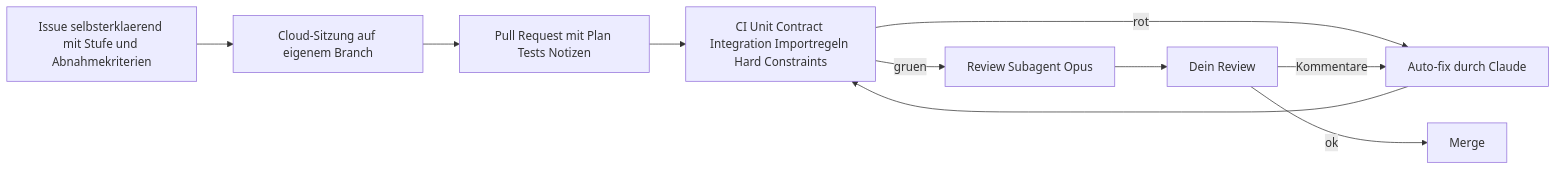
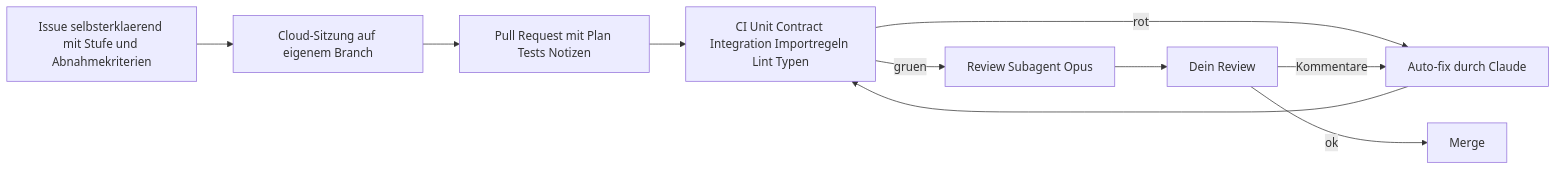
Before and after one commit to oscipal/earthX: the first of 2 diagrams in docs/projektplan.md, drawn with Mermaid. The commit also changed other lines of this file and 17 other files, not shown here.

````diff
--- a/docs/projektplan.md
+++ b/docs/projektplan.md
@@ -53,12 +55,12 @@
 ```mermaid
 flowchart LR
   I[Issue selbsterklaerend mit Stufe und Abnahmekriterien] --> S[Cloud-Sitzung auf eigenem Branch]
   S --> P[Pull Request mit Plan Tests Notizen]
-  P --> CI[CI Unit Contract Integration Importregeln Hard Constraints]
+  P --> CI[CI Unit Contract Integration Importregeln Lint Typen]
   CI -->|rot| AF[Auto-fix durch Claude]
   AF --> CI
   CI -->|gruen| R[Review Subagent Opus]
   R --> H[Dein Review]
   H -->|Kommentare| AF
   H -->|ok| M[Merge]
 ```
````
